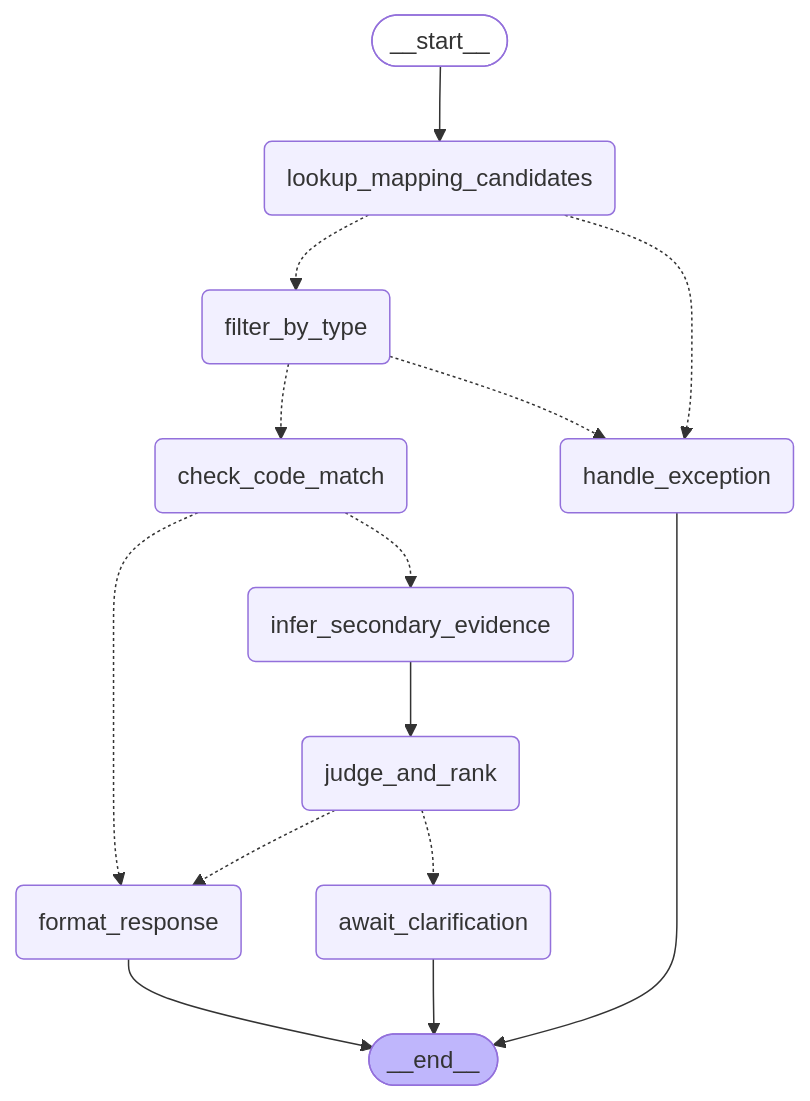
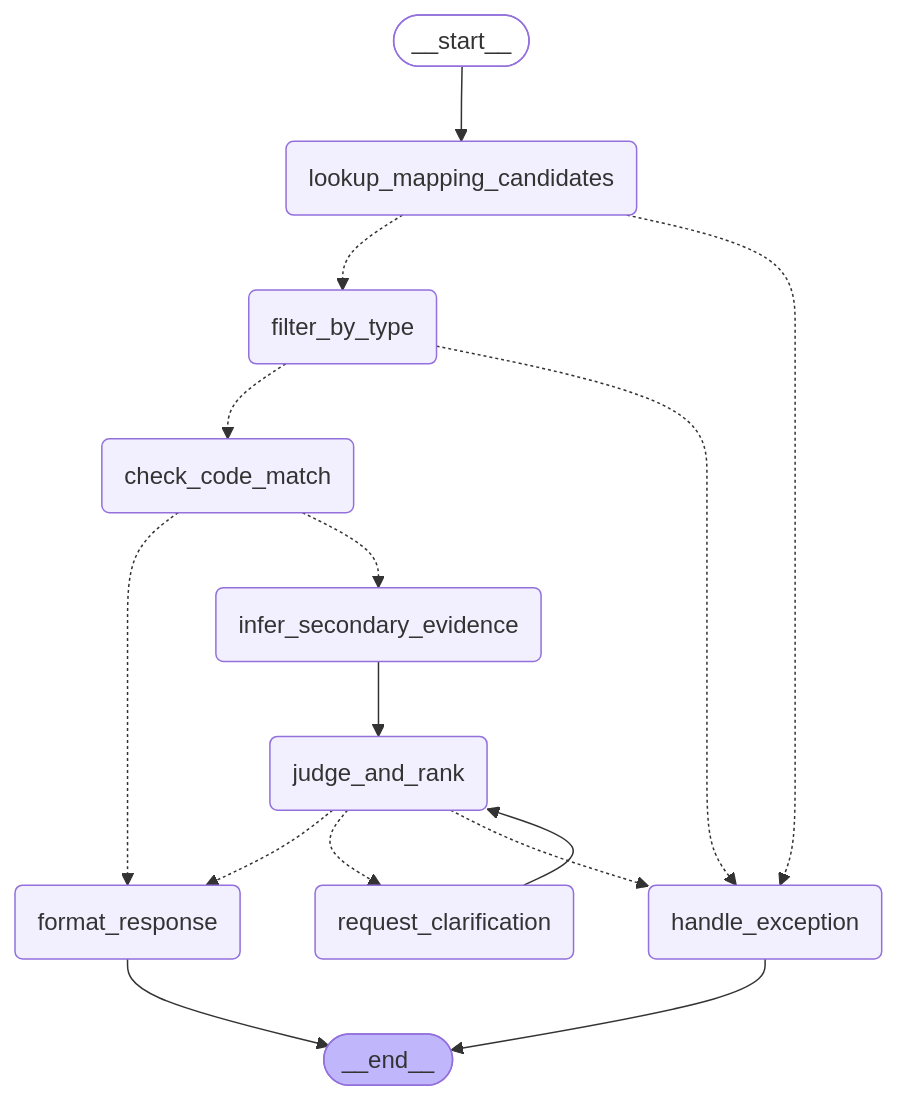
One commit to kwakkwakwoohyun/schemabridge changed the diagram in README.md. Above: the diagram before and after it, drawn with Mermaid. The commit also changed other lines of this file and 6 other files, not shown here.

First line of the commit message:
request_clarification 구현 (되묻기 루프) + CLI/Streamlit 양쪽 반영

````diff
--- a/README.md
+++ b/README.md
@@ -27,29 +27,30 @@
 ```mermaid
 graph TD;
 	__start__([__start__]):::first
 	lookup_mapping_candidates(lookup_mapping_candidates)
 	filter_by_type(filter_by_type)
 	check_code_match(check_code_match)
 	handle_exception(handle_exception)
 	format_response(format_response)
 	infer_secondary_evidence(infer_secondary_evidence)
 	judge_and_rank(judge_and_rank)
-	await_clarification(await_clarification)
+	request_clarification(request_clarification)
 	__end__([__end__]):::last
 	__start__ --> lookup_mapping_candidates;
 	lookup_mapping_candidates -.-> filter_by_type;
 	lookup_mapping_candidates -.-> handle_exception;
 	filter_by_type -.-> check_code_match;
 	filter_by_type -.-> handle_exception;
 	check_code_match -.-> format_response;
 	check_code_match -.-> infer_secondary_evidence;
 	infer_secondary_evidence --> judge_and_rank;
 	judge_and_rank -.-> format_response;
-	judge_and_rank -.-> await_clarification;
+	judge_and_rank -.-> request_clarification;
+	judge_and_rank -.-> handle_exception;
+	request_clarification --> judge_and_rank;
 	format_response --> __end__;
 	handle_exception --> __end__;
-	await_clarification --> __end__;
 	classDef default fill:#f2f0ff,line-height:1.2
 	classDef first fill-opacity:0
 	classDef last fill:#bfb6fc
 ```
````
